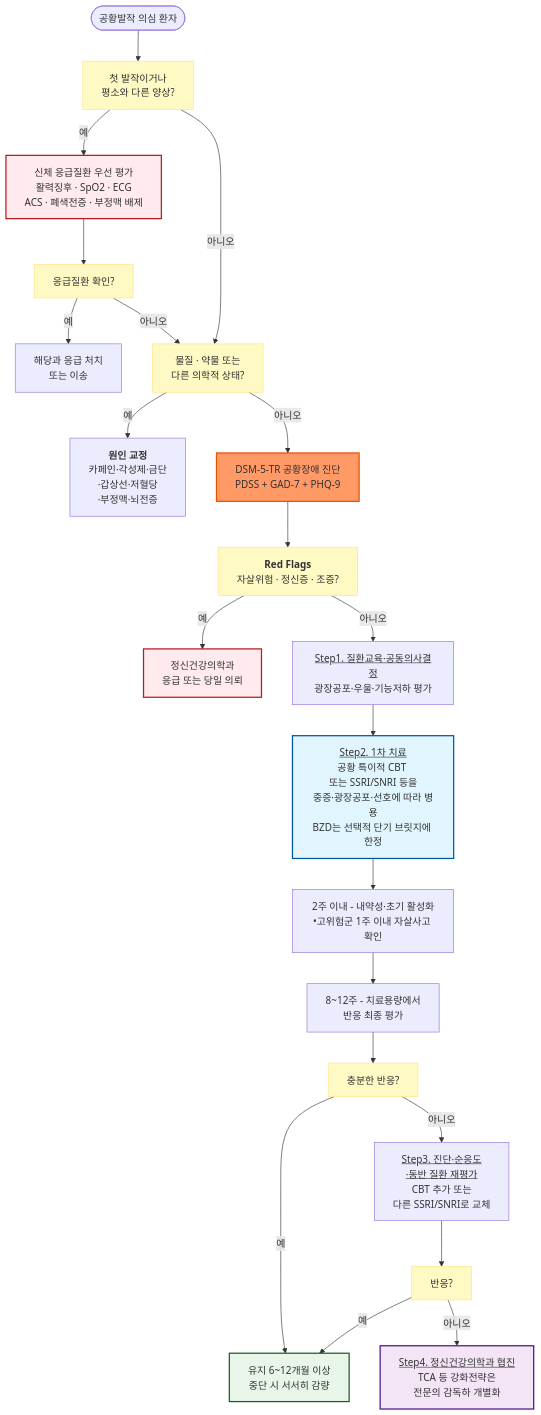
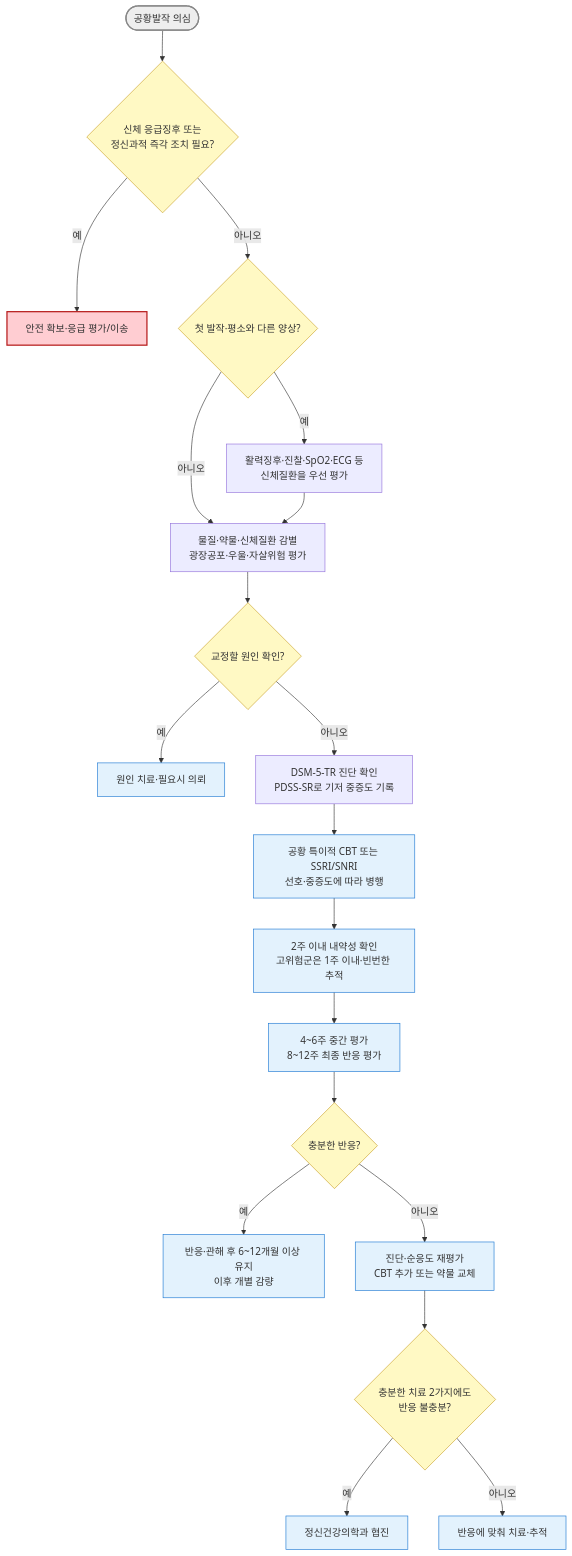
One commit to familyoh77/familyoh77 changed the first of 2 diagrams in 221_/026_-panic-disorder.md. Above: the diagram before and after it, drawn with Mermaid. The commit also changed other lines of this file and 9 other files, not shown here.

````diff
--- a/221_/026_-panic-disorder.md
+++ b/221_/026_-panic-disorder.md
@@ -205,31 +205,29 @@
 ```mermaid
-graph TD
-    Start(["공황발작 의심 환자"]) --> A["첫 발작이거나<br/>평소와 다른 양상?"]
-    A -- "예" --> B["신체 응급질환 우선 평가<br/>활력징후 · SpO2 · ECG<br/>ACS · 폐색전증 · 부정맥 배제"]
-    B --> C["응급질환 확인?"]
-    C -- "예" --> D["해당과 응급 처치 <br/>또는 이송"]
-    C -- "아니오" --> E
-    A -- "아니오" --> E["물질 · 약물 또는<br/>다른 의학적 상태?"]
-    E -- "예" --> F["<b>원인 교정</b><br/>카페인·각성제·금단<br/>·갑상선·저혈당<br/>·부정맥·뇌전증"]
-    E -- "아니오" --> G["DSM-5-TR 공황장애 진단<br/>PDSS + GAD-7 + PHQ-9"]
-    G --> H["<b>Red Flags</b><br/>자살위험 · 정신증 · 조증?"]
-    H -- "예" --> I["정신건강의학과<br/>응급 또는 당일 의뢰"]
-    H -- "아니오" --> J["<u>Step1. 질환교육·공동의사결정</u><br/>광장공포·우울·기능저하 평가"]
-    J --> K["<u>Step2. 1차 치료</u><br/>공황 특이적 CBT <br/>또는 SSRI/SNRI 등을<br/>중증·광장공포·선호에 따라 병용<br/>BZD는 선택적 단기 브릿지에 <br/>한정"]
-    K --> L["2주 이내 - 내약성·초기 활성화<br/>•고위험군 1주 이내 자살사고 확인"]
-    L --> M["8~12주 - 치료용량에서<br/>반응 최종 평가"]
-    M --> N["충분한 반응?"]
-    N -- "예" --> O["유지 6~12개월 이상<br/>중단 시 서서히 감량"]
-    N -- "아니오" --> P["<u>Step3. 진단·순응도<br/>·동반 질환 재평가</u><br/>CBT 추가 또는 <br/>다른 SSRI/SNRI로 교체"]
-    P --> Q["반응?"]
-    Q -- "예" --> O
-    Q -- "아니오" --> R["<u>Step4. 정신건강의학과 협진</u><br/>TCA 등 강화전략은 <br/>전문의 감독하 개별화"]
-    style G fill:#f96,stroke:#e65100,stroke-width:2px
-    style B fill:#ffebee,stroke:#b71c1c,stroke-width:2px
-    style I fill:#ffebee,stroke:#b71c1c,stroke-width:2px
-    style K fill:#e1f5fe,stroke:#01579b,stroke-width:2px
-    style O fill:#e8f5e9,stroke:#1b5e20,stroke-width:2px
-    style R fill:#f3e5f5,stroke:#4a148c,stroke-width:2px
-    classDef yellow fill:#fff9c4,stroke:#ffe082
-    class A,C,E,H,N,Q yellow
+flowchart TD
+    Start(["공황발작 의심"]) --> RF{"신체 응급징후 또는<br/>정신과적 즉각 조치 필요?"}
+    RF -- "예" --> ER["안전 확보·응급 평가/이송"]
+    RF -- "아니오" --> First{"첫 발작·평소와 다른 양상?"}
+    First -- "예" --> Check["활력징후·진찰·SpO2·ECG 등<br/>신체질환을 우선 평가"]
+    First -- "아니오" --> Eval["물질·약물·신체질환 감별<br/>광장공포·우울·자살위험 평가"]
+    Check --> Eval
+    Eval --> Cause{"교정할 원인 확인?"}
+    Cause -- "예" --> Correct["원인 치료·필요시 의뢰"]
+    Cause -- "아니오" --> Dx["DSM-5-TR 진단 확인<br/>PDSS-SR로 기저 중증도 기록"]
+    Dx --> Tx["공황 특이적 CBT 또는 SSRI/SNRI<br/>선호·중증도에 따라 병행"]
+    Tx --> Follow["2주 이내 내약성 확인<br/>고위험군은 1주 이내·빈번한 추적"]
+    Follow --> Review["4~6주 중간 평가<br/>8~12주 최종 반응 평가"]
+    Review --> R{"충분한 반응?"}
+    R -- "예" --> Keep["반응·관해 후 6~12개월 이상 유지<br/>이후 개별 감량"]
+    R -- "아니오" --> Adjust["진단·순응도 재평가<br/>CBT 추가 또는 약물 교체"]
+    Adjust --> Resist{"충분한 치료 2가지에도<br/>반응 불충분?"}
+    Resist -- "예" --> Ref["정신건강의학과 협진"]
+    Resist -- "아니오" --> Plan["반응에 맞춰 치료·추적"]
+    classDef start fill:#eee,stroke:#888,stroke-width:2px
+    classDef decision fill:#fff9c4,stroke:#c9a227
+    classDef emergency fill:#ffcdd2,stroke:#b71c1c,stroke-width:2px
+    classDef treatment fill:#e3f2fd,stroke:#1976d2
+    class Start start
+    class RF,First,Cause,R,Resist decision
+    class ER emergency
+    class Correct,Tx,Follow,Review,Keep,Adjust,Ref,Plan treatment
 ```
````
